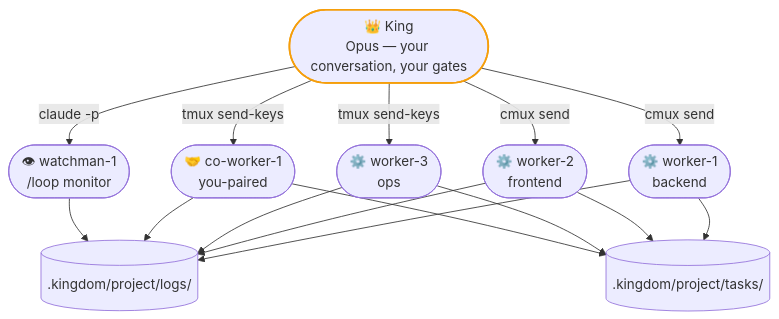
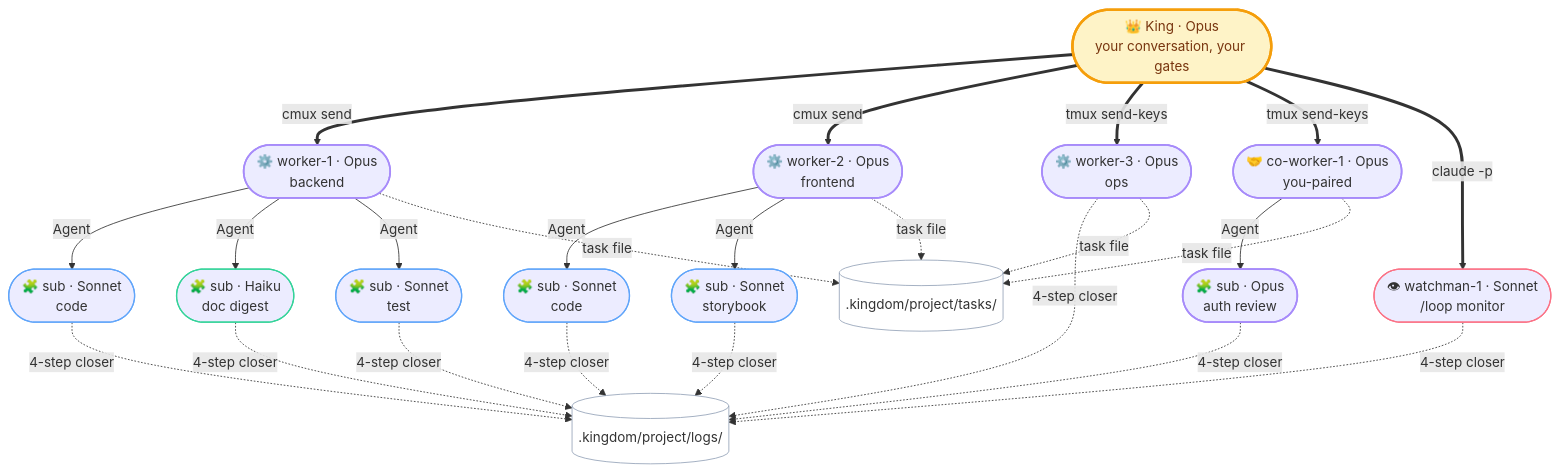
One commit to chatthong/kingdom changed the first of 2 diagrams in README.md. Above: the diagram before and after it, drawn with Mermaid.

Commit message:
docs: hero diagram — add sub-agent fan-out for visual punch
3-level hierarchy now visible: King → 5 lane masters → 6 sub-agents
fanning out from worker-1/worker-2/co-worker-1. Each node labelled with
its model (Opus / Sonnet / Haiku) and role focus (backend / code / test /
storybook / etc).

Edge weights tell the dispatch story:
  ==>  bold     King → lane masters (cmux send / tmux send-keys / claude -p)
  -->  thin     lane master → sub-agent (Agent tool)
  -.-> dotted   anywhere → audit storage (logs / tasks)

Color-coded by model:
  King      amber/gold (the only one talking to you)
  Opus      violet     (lane masters + occasional escalation)
  Sonnet    blue       (default sub-agent)
  Haiku     green      (parallel fan-out / docs digest)
  Sonnet+monitor rose  (watchman — explicit exception)

````diff
--- a/README.md
+++ b/README.md
@@ -18,16 +18,35 @@
 ```mermaid
 graph TB
-    K([👑 King\nOpus — your conversation, your gates])
+    K([👑 King · Opus<br/>your conversation, your gates])
 
-    K -->|cmux send| W1([⚙️ worker-1\nbackend])
-    K -->|cmux send| W2([⚙️ worker-2\nfrontend])
-    K -->|tmux send-keys| W3([⚙️ worker-3\nops])
-    K -->|tmux send-keys| CW([🤝 co-worker-1\nyou-paired])
-    K -->|claude -p| WM([👁 watchman-1\n/loop monitor])
+    K ==>|cmux send| W1([⚙️ worker-1 · Opus<br/>backend])
+    K ==>|cmux send| W2([⚙️ worker-2 · Opus<br/>frontend])
+    K ==>|tmux send-keys| W3([⚙️ worker-3 · Opus<br/>ops])
+    K ==>|tmux send-keys| CW([🤝 co-worker-1 · Opus<br/>you-paired])
+    K ==>|claude -p| WM([👁 watchman-1 · Sonnet<br/>/loop monitor])
 
-    W1 & W2 & W3 & CW & WM --> LOG[(.kingdom/project/logs/)]
-    W1 & W2 & W3 & CW --> TSK[(.kingdom/project/tasks/)]
+    W1 -->|Agent| SA1([🧩 sub · Sonnet<br/>code])
+    W1 -->|Agent| SA2([🧩 sub · Haiku<br/>doc digest])
+    W1 -->|Agent| SA3([🧩 sub · Sonnet<br/>test])
+    W2 -->|Agent| SA4([🧩 sub · Sonnet<br/>code])
+    W2 -->|Agent| SA5([🧩 sub · Sonnet<br/>storybook])
+    CW -->|Agent| SA6([🧩 sub · Opus<br/>auth review])
 
-    classDef king stroke:#f59e0b,stroke-width:2px
+    SA1 & SA2 & SA3 & SA4 & SA5 & SA6 & W3 & WM -.->|"4-step closer"| LOG[(.kingdom/project/logs/)]
+    W1 & W2 & W3 & CW -.->|"task file"| TSK[(.kingdom/project/tasks/)]
+
+    classDef king fill:#fef3c7,stroke:#f59e0b,stroke-width:3px,color:#78350f
+    classDef opus stroke:#a78bfa,stroke-width:2px
+    classDef sonnet stroke:#60a5fa,stroke-width:1.5px
+    classDef haiku stroke:#34d399,stroke-width:1.5px
+    classDef monitor stroke:#fb7185,stroke-width:1.5px
+    classDef store fill:none,stroke:#94a3b8,stroke-width:1px
+
     class K king
+    class W1,W2,W3,CW opus
+    class SA1,SA3,SA4,SA5 sonnet
+    class SA2 haiku
+    class SA6 opus
+    class WM monitor
+    class LOG,TSK store
 ```
````
